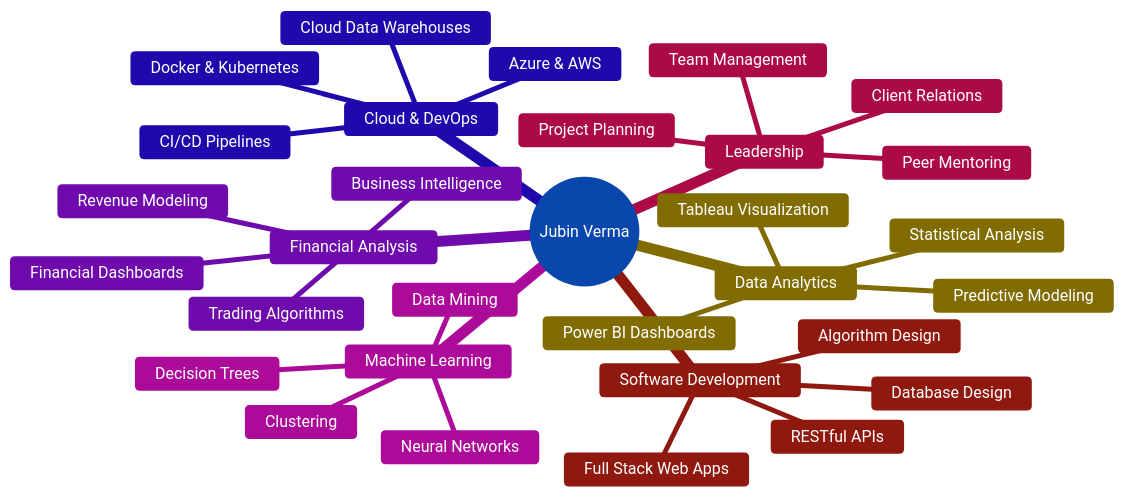
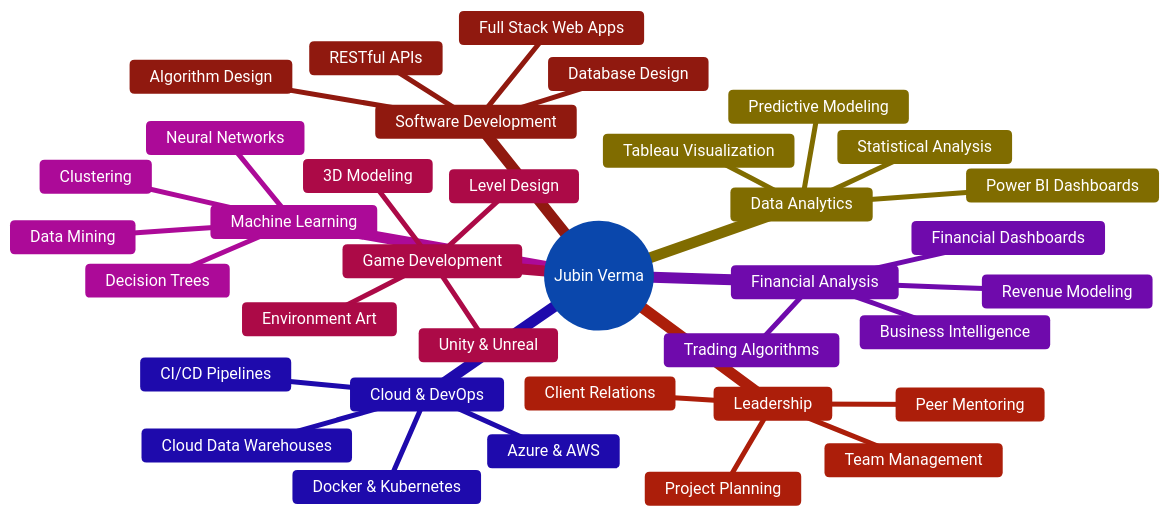
Before and after one commit to JubinVerma/JubinVerma: the diagram in README.md, drawn with Mermaid. The commit also changed other lines of this file, not shown here.

````diff
--- a/README.md
+++ b/README.md
@@ -518,35 +486,40 @@
 ```mermaid
 %%{init: {'theme':'base', 'themeVariables': { 'primaryColor':'#4285f4','primaryTextColor':'#fff','primaryBorderColor':'#4285f4','lineColor':'#34a853','secondaryColor':'#FFD700','tertiaryColor':'#ea4335','noteBkgColor':'#9333ea','noteTextColor':'#fff','fontSize':'16px'}}}%%
 mindmap
   root((Jubin Verma))
     Data Analytics
       Power BI Dashboards
       Tableau Visualization
       Statistical Analysis
       Predictive Modeling
     Software Development
       Full Stack Web Apps
       RESTful APIs
       Database Design
       Algorithm Design
     Cloud & DevOps
       Azure & AWS
       CI/CD Pipelines
       Docker & Kubernetes
       Cloud Data Warehouses
     Financial Analysis
       Trading Algorithms
       Revenue Modeling
       Financial Dashboards
       Business Intelligence
     Machine Learning
       Clustering
       Neural Networks
       Decision Trees
       Data Mining
+    Game Development
+      3D Modeling
+      Unity & Unreal
+      Level Design
+      Environment Art
     Leadership
       Team Management
       Peer Mentoring
       Project Planning
       Client Relations
 ```
````
